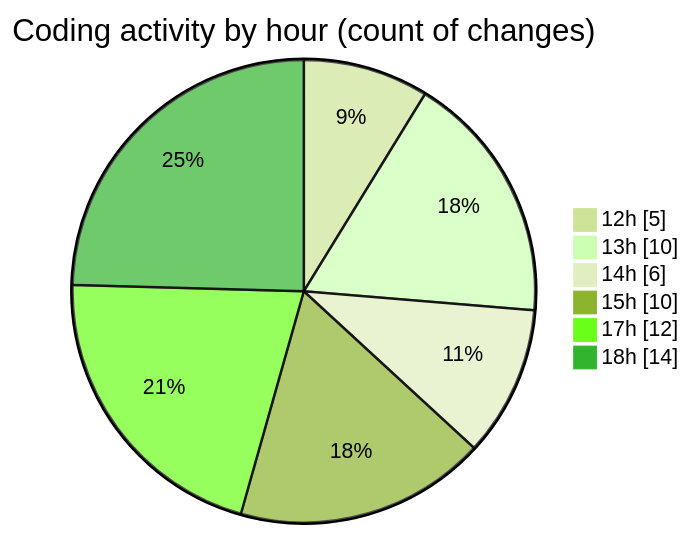
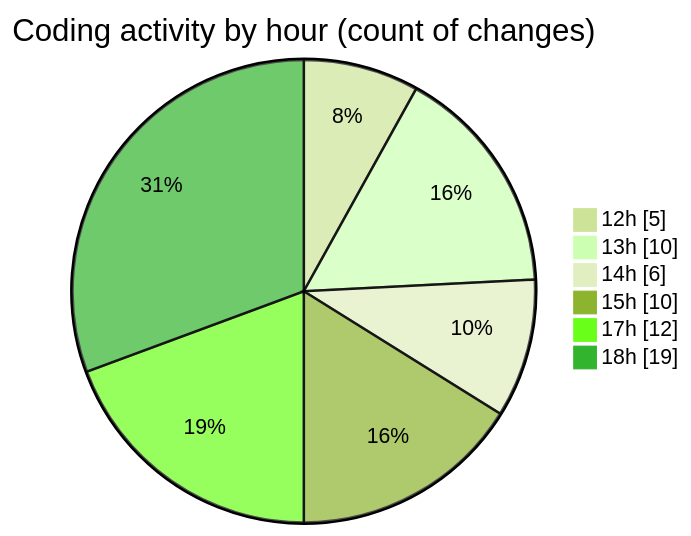
One commit to momahboobian/code-tracking changed the second of 2 diagrams in 2025-11-21/cda/README.md. Above: the diagram before and after it, drawn with Mermaid (forest theme). The commit also changed other lines of this file and 1 other file, not shown here.

````diff
--- a/2025-11-21/cda/README.md
+++ b/2025-11-21/cda/README.md
@@ -44,10 +44,10 @@
 ```mermaid
 pie showData
 title Coding activity by hour (count of changes)
 "12h" : 5
 "13h" : 10
 "14h" : 6
 "15h" : 10
 "17h" : 12
-"18h" : 14
+"18h" : 19
 ```
````
